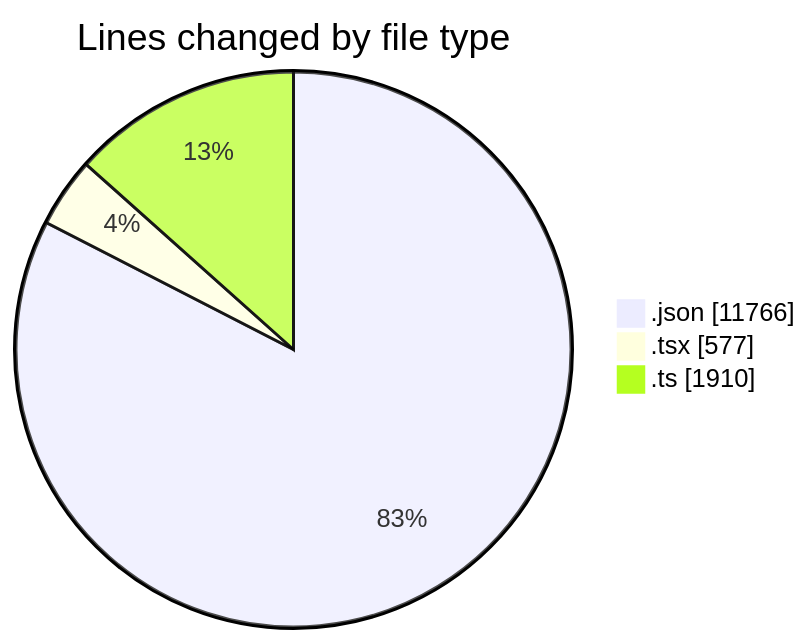
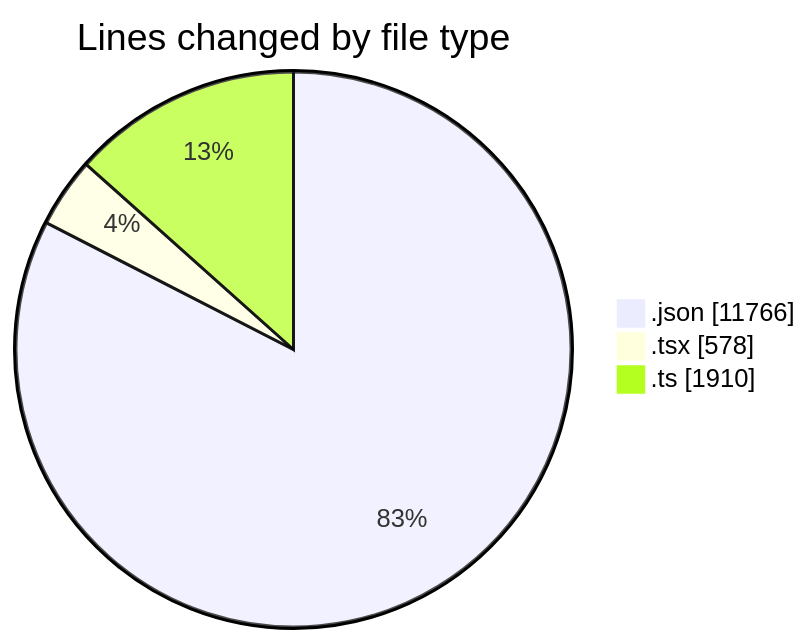
The first of 2 diagrams in 2026-04-16/airfeed-analytics-dashboard/README.md (nxtqubesakshisongat/code-tracking), drawn with Mermaid before and after one commit. The commit also changed other lines of this file and 1 other file, not shown here.

````diff
--- a/2026-04-16/airfeed-analytics-dashboard/README.md
+++ b/2026-04-16/airfeed-analytics-dashboard/README.md
@@ -30,7 +30,7 @@
 ```mermaid
 pie showData
 title Lines changed by file type
 ".json" : 11766
-".tsx" : 577
+".tsx" : 578
 ".ts" : 1910
 ```
````
